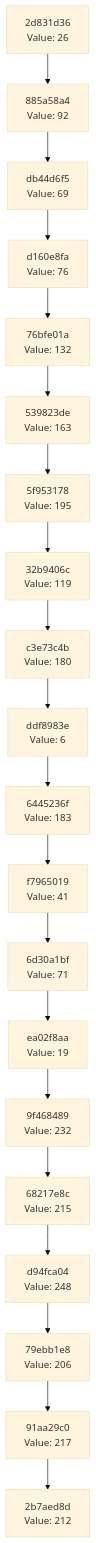
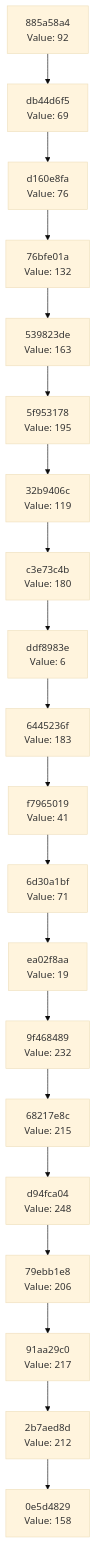
Before and after one commit to Abhisheksinha1506/hash-chain-evolver: the diagram in docs/CHAIN_VISUALIZATION.md, drawn with Mermaid (base theme). The commit also changed 2 other files, not shown here.

Commit message:
Evolution step: hash 0x9E → action executed

````diff
--- a/docs/CHAIN_VISUALIZATION.md
+++ b/docs/CHAIN_VISUALIZATION.md
@@ -3,42 +3,42 @@
 ```mermaid
 graph TD
-    C0["2b7aed8d<br/>Value: 212"]
-    C1["91aa29c0<br/>Value: 217"]
+    C0["0e5d4829<br/>Value: 158"]
+    C1["2b7aed8d<br/>Value: 212"]
     C1 --> C0
-    C2["79ebb1e8<br/>Value: 206"]
+    C2["91aa29c0<br/>Value: 217"]
     C2 --> C1
-    C3["d94fca04<br/>Value: 248"]
+    C3["79ebb1e8<br/>Value: 206"]
     C3 --> C2
-    C4["68217e8c<br/>Value: 215"]
+    C4["d94fca04<br/>Value: 248"]
     C4 --> C3
-    C5["9f468489<br/>Value: 232"]
+    C5["68217e8c<br/>Value: 215"]
     C5 --> C4
-    C6["ea02f8aa<br/>Value: 19"]
+    C6["9f468489<br/>Value: 232"]
     C6 --> C5
-    C7["6d30a1bf<br/>Value: 71"]
+    C7["ea02f8aa<br/>Value: 19"]
     C7 --> C6
-    C8["f7965019<br/>Value: 41"]
+    C8["6d30a1bf<br/>Value: 71"]
     C8 --> C7
-    C9["6445236f<br/>Value: 183"]
+    C9["f7965019<br/>Value: 41"]
     C9 --> C8
-    C10["ddf8983e<br/>Value: 6"]
+    C10["6445236f<br/>Value: 183"]
     C10 --> C9
-    C11["c3e73c4b<br/>Value: 180"]
+    C11["ddf8983e<br/>Value: 6"]
     C11 --> C10
-    C12["32b9406c<br/>Value: 119"]
+    C12["c3e73c4b<br/>Value: 180"]
     C12 --> C11
-    C13["5f953178<br/>Value: 195"]
+    C13["32b9406c<br/>Value: 119"]
     C13 --> C12
-    C14["539823de<br/>Value: 163"]
+    C14["5f953178<br/>Value: 195"]
     C14 --> C13
-    C15["76bfe01a<br/>Value: 132"]
+    C15["539823de<br/>Value: 163"]
     C15 --> C14
-    C16["d160e8fa<br/>Value: 76"]
+    C16["76bfe01a<br/>Value: 132"]
     C16 --> C15
-    C17["db44d6f5<br/>Value: 69"]
+    C17["d160e8fa<br/>Value: 76"]
     C17 --> C16
-    C18["885a58a4<br/>Value: 92"]
+    C18["db44d6f5<br/>Value: 69"]
     C18 --> C17
-    C19["2d831d36<br/>Value: 26"]
+    C19["885a58a4<br/>Value: 92"]
     C19 --> C18
 ```
````
